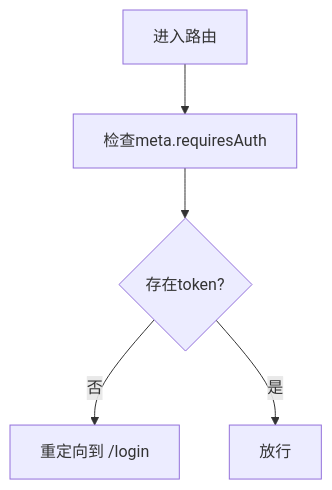
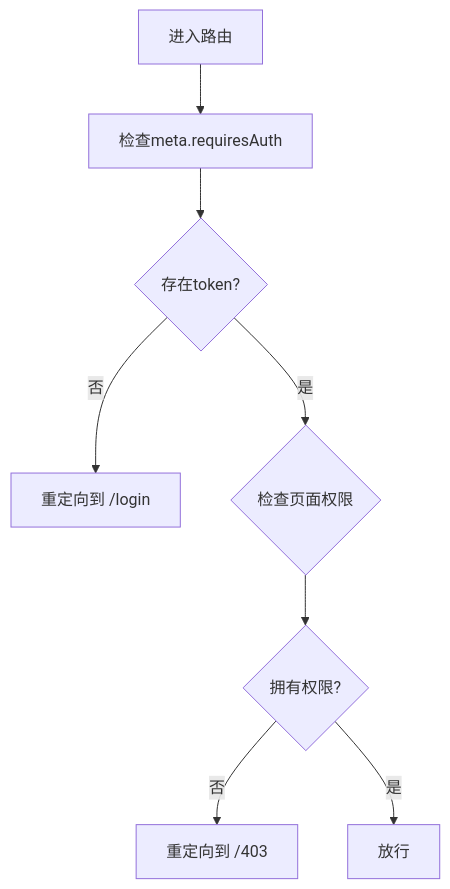
Before and after one commit to q446328246/agri-platform: the ninth of 12 diagrams in .qoder/repowiki/zh/content/前端应用文档/核心页面/系统管理页面/系统管理页面.md, drawn with Mermaid. The commit also changed other lines of this file and 84 other files, not shown here.

````diff
--- a/.qoder/repowiki/zh/content/前端应用文档/核心页面/系统管理页面/系统管理页面.md
+++ b/.qoder/repowiki/zh/content/前端应用文档/核心页面/系统管理页面/系统管理页面.md
@@ -232,7 +420,10 @@
 ```mermaid
 flowchart TD
 Enter["进入路由"] --> CheckMeta["检查meta.requiresAuth"]
 CheckMeta --> HasToken{"存在token?"}
 HasToken --> |否| ToLogin["重定向到 /login"]
-HasToken --> |是| Allow["放行"]
+HasToken --> |是| CheckPerm{"检查页面权限"}
+CheckPerm --> HasPerm{"拥有权限?"}
+HasPerm --> |否| To403["重定向到 /403"]
+HasPerm --> |是| Allow["放行"]
 ```
````
